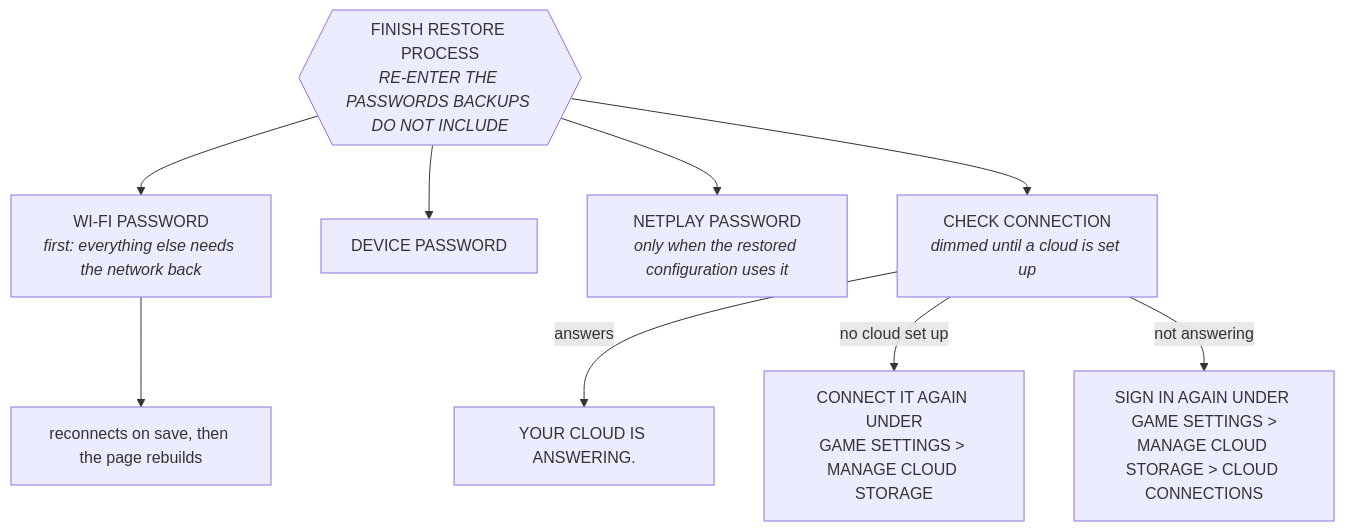
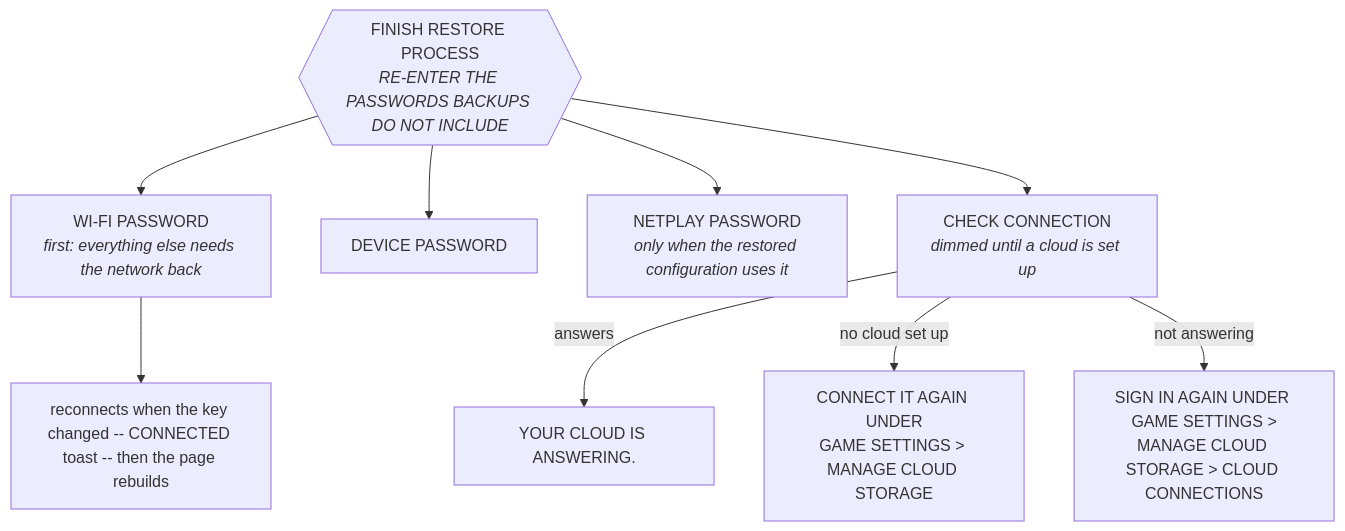
Before and after one commit to pixelelated/distribution: the fifth of 10 diagrams in docs/es-menu-map.md, drawn with Mermaid. The commit also changed other lines of this file and 9 other files, not shown here.

````diff
--- a/docs/es-menu-map.md
+++ b/docs/es-menu-map.md
@@ -416,12 +416,12 @@
 ```mermaid
 flowchart TD
     REL{{FINISH RESTORE PROCESS<br/><i>RE-ENTER THE PASSWORDS BACKUPS DO NOT INCLUDE</i>}}
     REL --> WIFI[WI-FI PASSWORD<br/><i>first: everything else needs the network back</i>]
     REL --> DEV[DEVICE PASSWORD]
     REL --> NP[NETPLAY PASSWORD<br/><i>only when the restored configuration uses it</i>]
-    WIFI --> RECONNECT[reconnects on save, then the page rebuilds]
+    WIFI --> RECONNECT[reconnects when the key changed -- CONNECTED toast -- then the page rebuilds]
     REL --> CHK[CHECK CONNECTION<br/><i>dimmed until a cloud is set up</i>]
     CHK -->|answers| OKC[YOUR CLOUD IS ANSWERING.]
     CHK -->|no cloud set up| NOCLOUD[CONNECT IT AGAIN UNDER<br/>GAME SETTINGS > MANAGE CLOUD STORAGE]
     CHK -->|not answering| NOANS[SIGN IN AGAIN UNDER GAME SETTINGS ><br/>MANAGE CLOUD STORAGE > CLOUD CONNECTIONS]
 ```
````
